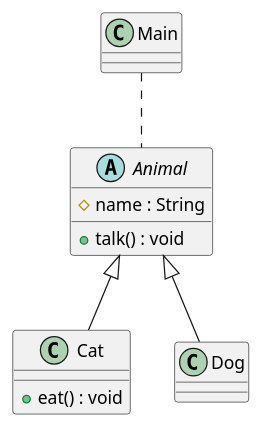
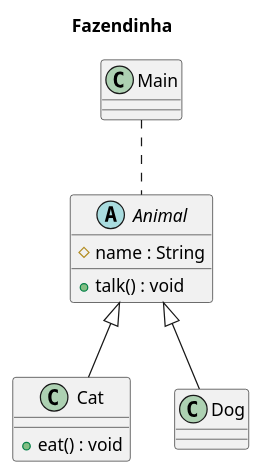
The diagram in farm.puml (masmangan/fazendinha), drawn with PlantUML before and after one commit.

```diff
--- a/farm.puml
+++ b/farm.puml
@@ -1,21 +1,23 @@
 @startuml
+title Fazendinha
+
 abstract Animal {
 # name : String
 
 + talk() : void
 }
 
 class Cat {
 
 + eat() : void
 }
 
 class Dog
 
 class Main
 
 Animal <|-- Cat
 Animal <|-- Dog
 
 Main .. Animal
 @enduml
```
